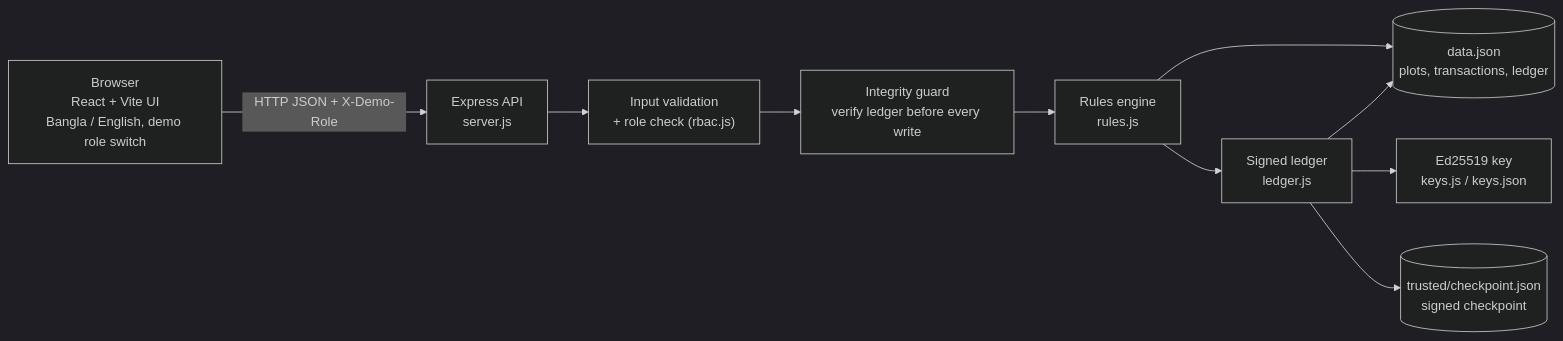
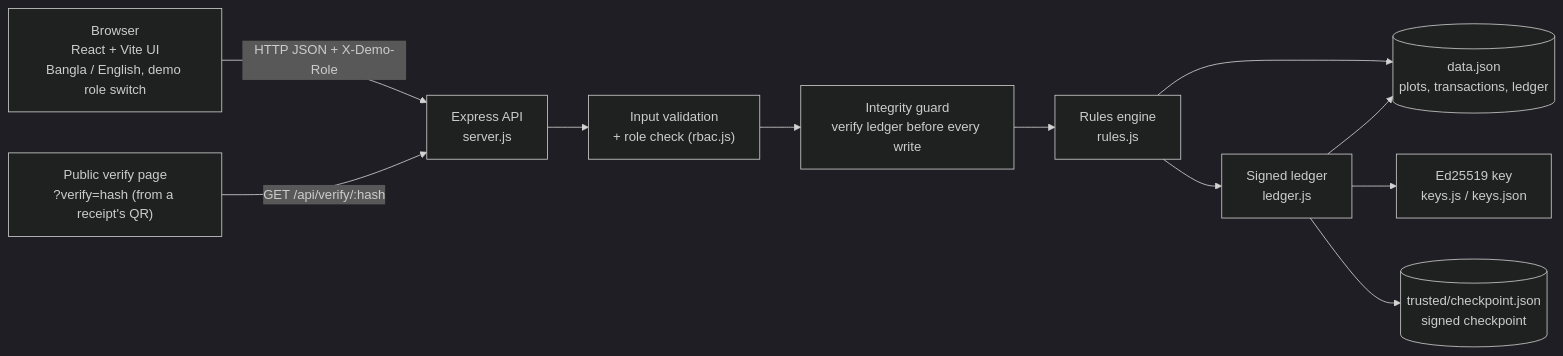
The diagram in README.md (Likhons/landlock), drawn with Mermaid (dark theme) before and after one commit. The commit also changed other lines of this file, not shown here.

````diff
--- a/README.md
+++ b/README.md
@@ -49,20 +67,22 @@
 ```mermaid
 flowchart LR
   UI["Browser<br/>React + Vite UI<br/>Bangla / English, demo role switch"]
   API["Express API<br/>server.js"]
   VAL["Input validation<br/>+ role check (rbac.js)"]
   GUARD["Integrity guard<br/>verify ledger before every write"]
   RULES["Rules engine<br/>rules.js"]
   LEDGER["Signed ledger<br/>ledger.js"]
   KEYS["Ed25519 key<br/>keys.js / keys.json"]
   DATA[("data.json<br/>plots, transactions, ledger")]
   CP[("trusted/checkpoint.json<br/>signed checkpoint")]
+  VERIFY["Public verify page<br/>?verify=hash (from a receipt's QR)"]
 
   UI -- "HTTP JSON + X-Demo-Role" --> API
+  VERIFY -- "GET /api/verify/:hash" --> API
   API --> VAL --> GUARD --> RULES
   RULES --> DATA
   RULES --> LEDGER
   LEDGER --> KEYS
   LEDGER --> DATA
   LEDGER --> CP
 ```
````
